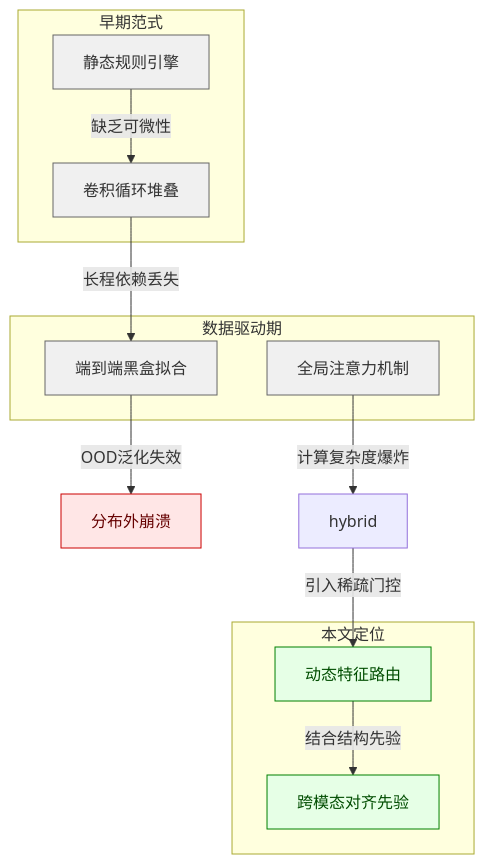
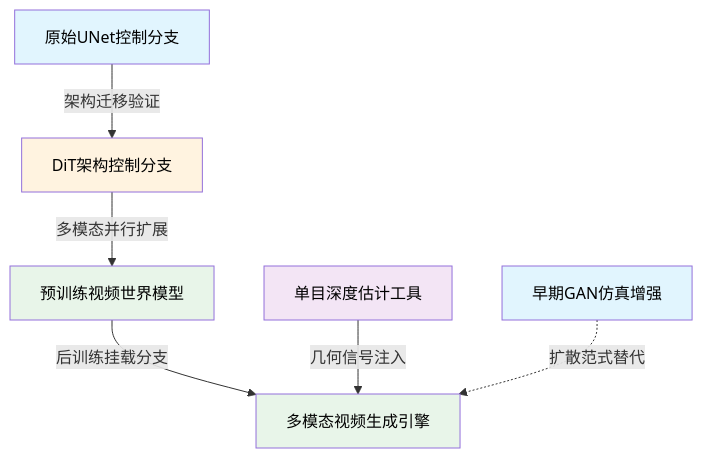
The seventh of 11 diagrams in person_vault/2026-06-07_CosmosTransfer1_2503.14492/report.md (ShinewineW/paper-rolling), drawn with Mermaid before and after one commit. The commit also changed other lines of this file and 51 other files, not shown here.

````diff
--- a/person_vault/2026-06-07_CosmosTransfer1_2503.14492/report.md
+++ b/person_vault/2026-06-07_CosmosTransfer1_2503.14492/report.md
@@ -243,31 +395,13 @@
 ```mermaid
-flowchart TB
-    classDef legacy fill:#f0f0f0,stroke:#666,color:#333
-    classDef hybrid fill:#e6f3ff,stroke:#0055a4,color:#003366
-    classDef proposed fill:#e6ffe6,stroke:#008000,color:#004d00
-    classDef fail fill:#ffe6e6,stroke:#cc0000,color:#660000
+flowchart TD
+  classDef legacy fill:#e1f5fe,color:#000;
+  classDef dit fill:#fff3e0,color:#000;
+  classDef target fill:#e8f5e9,color:#000;
+  classDef tool fill:#f3e5f5,color:#000;
 
-    subgraph 早期范式
-        rule_based["静态规则引擎"]:::legacy
-        cnn_rnn["卷积循环堆叠"]:::legacy
-    end
-
-    subgraph 数据驱动期
-        end_to_end["端到端黑盒拟合"]:::legacy
-        attention_base["全局注意力机制"]:::legacy
-    end
-
-    subgraph 本文定位
-        dynamic_route["动态特征路由"]:::proposed
-        cross_align["跨模态对齐先验"]:::proposed
-    end
-
-    rule_based -->|缺乏可微性| cnn_rnn
-    cnn_rnn -->|长程依赖丢失| end_to_end
-    end_to_end -->|OOD泛化失效| fail_ood["分布外崩溃"]:::fail
-    attention_base -->|计算复杂度爆炸| hybrid
-    hybrid -->|引入稀疏门控| dynamic_route
-    dynamic_route -->|结合结构先验| cross_align
-
-    classDef fail fill:#ffe6e6,stroke:#cc0000,color:#660000
+  unet_ctrl["原始UNet控制分支"]:::legacy -->|架构迁移验证| dit_ctrl["DiT架构控制分支"]:::dit
+  dit_ctrl -->|多模态并行扩展| base_model["预训练视频世界模型"]:::target
+  base_model -->|后训练挂载分支| final_sys["多模态视频生成引擎"]:::target
+  depth_tool["单目深度估计工具"]:::tool -->|几何信号注入| final_sys
+  gan_route["早期GAN仿真增强"]:::legacy -.->|扩散范式替代| final_sys
 ```
````
